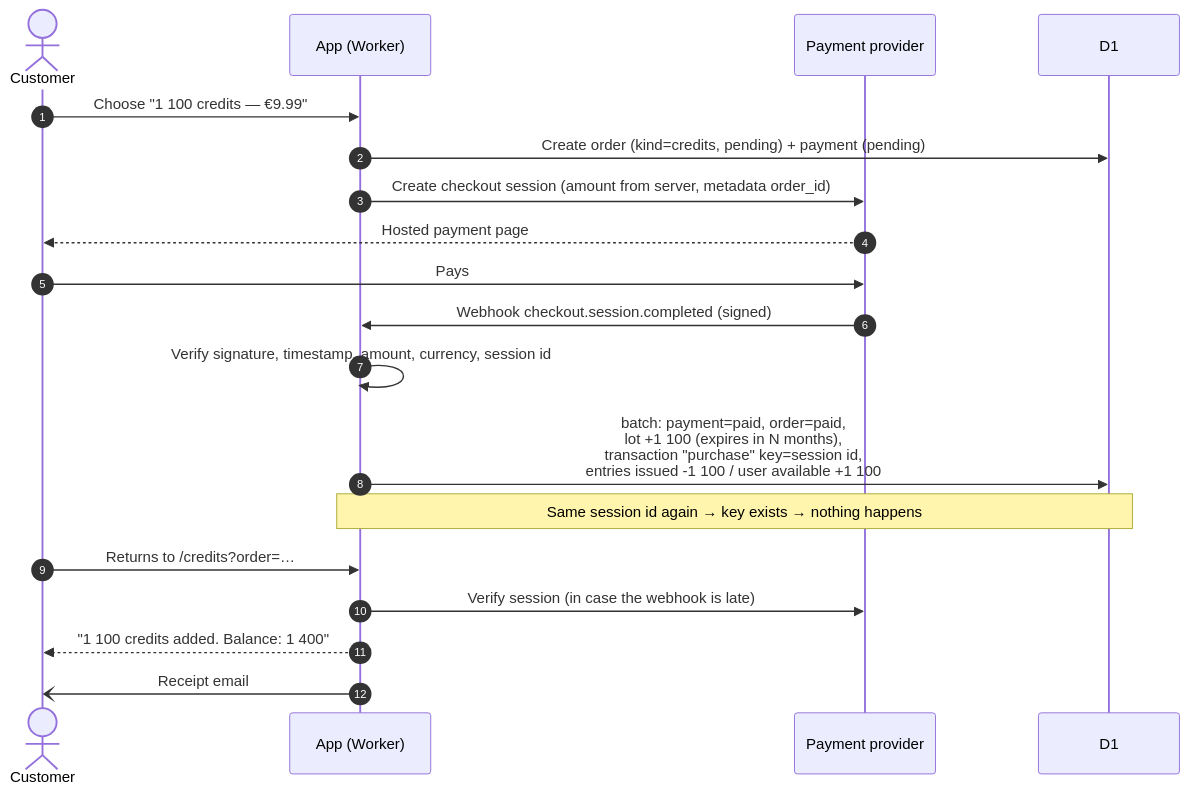
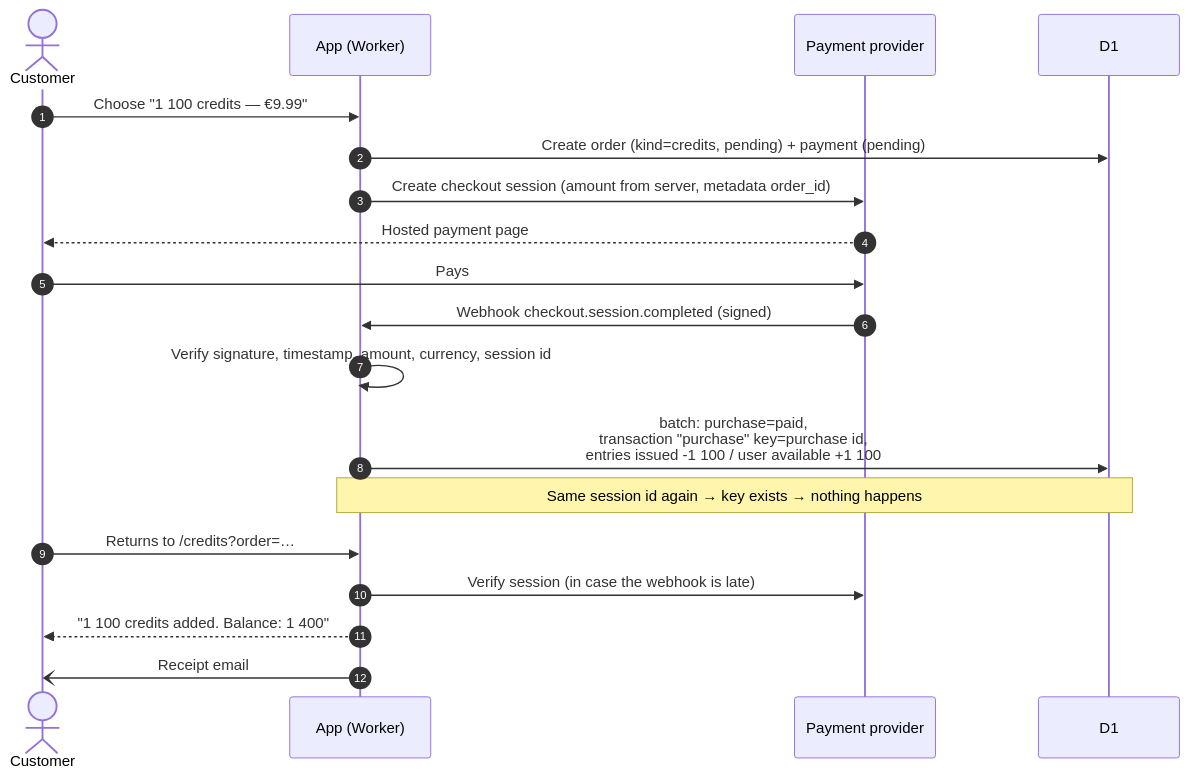
The third of 7 diagrams in docs/CREDITS-ARCHITECTURE.md (EgliMalaj09/ai-clone), drawn with Mermaid before and after one commit. The commit also changed other lines of this file, not shown here.

````diff
--- a/docs/CREDITS-ARCHITECTURE.md
+++ b/docs/CREDITS-ARCHITECTURE.md
@@ -238,21 +237,21 @@
 ```mermaid
 sequenceDiagram
   autonumber
   actor U as Customer
   participant W as App (Worker)
   participant P as Payment provider
   participant DB as D1
   U->>W: Choose "1 100 credits — €9.99"
   W->>DB: Create order (kind=credits, pending) + payment (pending)
   W->>P: Create checkout session (amount from server, metadata order_id)
   P-->>U: Hosted payment page
   U->>P: Pays
   P->>W: Webhook checkout.session.completed (signed)
   W->>W: Verify signature, timestamp, amount, currency, session id
-  W->>DB: batch: payment=paid, order=paid,<br/>lot +1 100 (expires in N months),<br/>transaction "purchase" key=session id,<br/>entries issued -1 100 / user available +1 100
+  W->>DB: batch: purchase=paid,<br/>transaction "purchase" key=purchase id,<br/>entries issued -1 100 / user available +1 100
   Note over W,DB: Same session id again → key exists → nothing happens
   U->>W: Returns to /credits?order=…
   W->>P: Verify session (in case the webhook is late)
   W-->>U: "1 100 credits added. Balance: 1 400"
   W-)U: Receipt email
 ```
````
